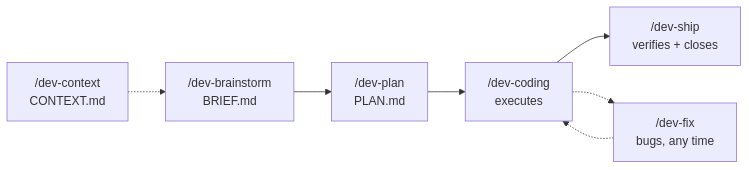
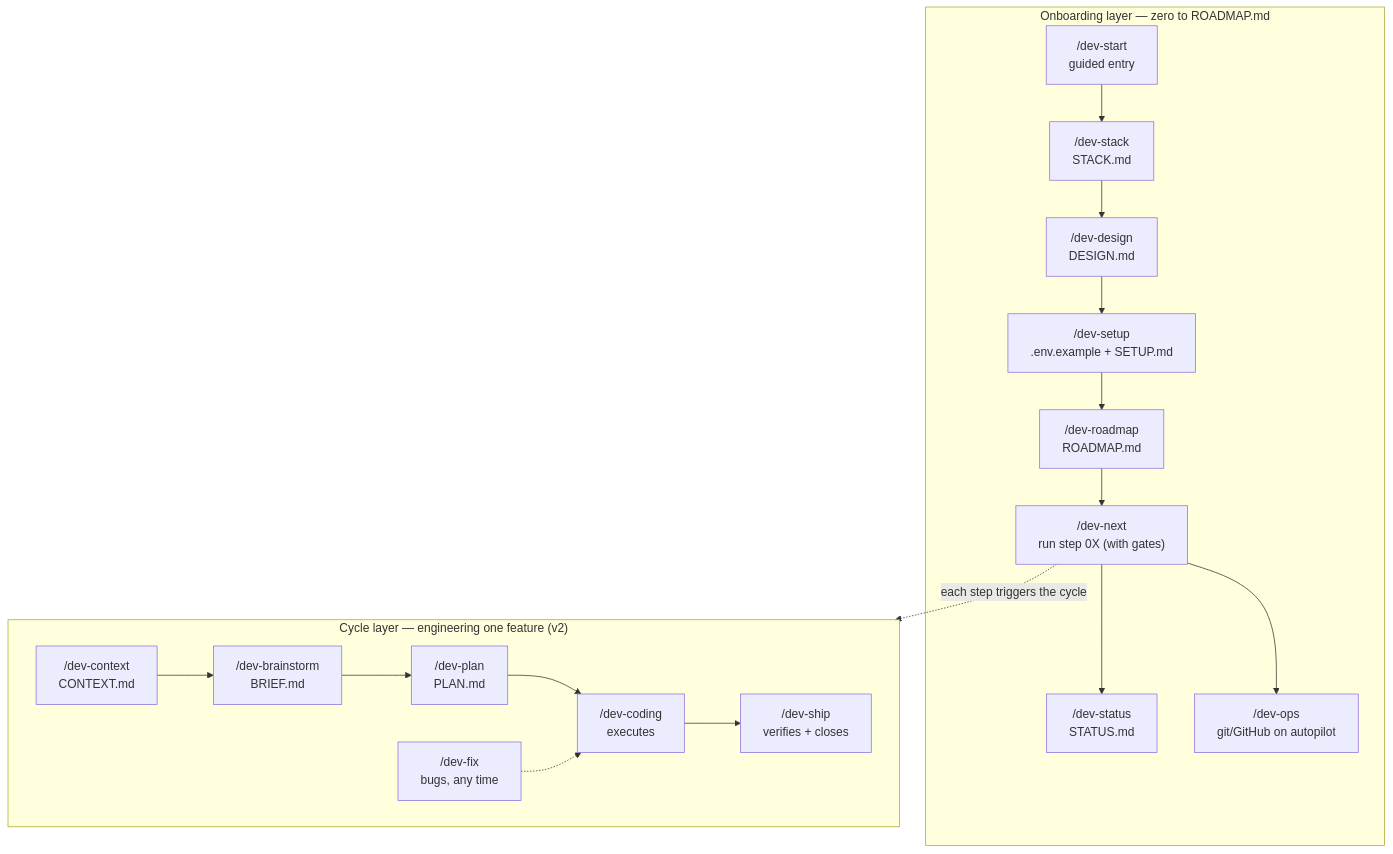
Before and after one commit to Marcelover777/solodev-v2: the diagram in README.en.md, drawn with Mermaid. The commit also changed other lines of this file and 37 other files, not shown here.

````diff
--- a/README.en.md
+++ b/README.en.md
@@ -14,9 +13,20 @@
 ```mermaid
-flowchart LR
-    X["/dev-context<br/>CONTEXT.md"] -.-> A
-    A["/dev-brainstorm<br/>BRIEF.md"] --> B["/dev-plan<br/>PLAN.md"]
-    B --> C["/dev-coding<br/>executes"]
-    C --> D["/dev-ship<br/>verifies + closes"]
-    C -.-> F["/dev-fix<br/>bugs, any time"]
-    F -.-> C
+flowchart TB
+    subgraph ONB["Onboarding layer — zero to ROADMAP.md"]
+        START["/dev-start<br/>guided entry"] --> STACK["/dev-stack<br/>STACK.md"]
+        STACK --> DESIGN["/dev-design<br/>DESIGN.md"]
+        DESIGN --> SETUP["/dev-setup<br/>.env.example + SETUP.md"]
+        SETUP --> ROAD["/dev-roadmap<br/>ROADMAP.md"]
+        ROAD --> NEXT["/dev-next<br/>run step 0X (with gates)"]
+        NEXT --> STATUS["/dev-status<br/>STATUS.md"]
+        NEXT --> OPS["/dev-ops<br/>git/GitHub on autopilot"]
+    end
+    subgraph CYC["Cycle layer — engineering one feature (v2)"]
+        CTX["/dev-context<br/>CONTEXT.md"] --> BS["/dev-brainstorm<br/>BRIEF.md"]
+        BS --> PL["/dev-plan<br/>PLAN.md"]
+        PL --> CD["/dev-coding<br/>executes"]
+        CD --> SH["/dev-ship<br/>verifies + closes"]
+        FIX["/dev-fix<br/>bugs, any time"] -.-> CD
+    end
+    NEXT -. "each step triggers the cycle" .-> CYC
 ```
````
